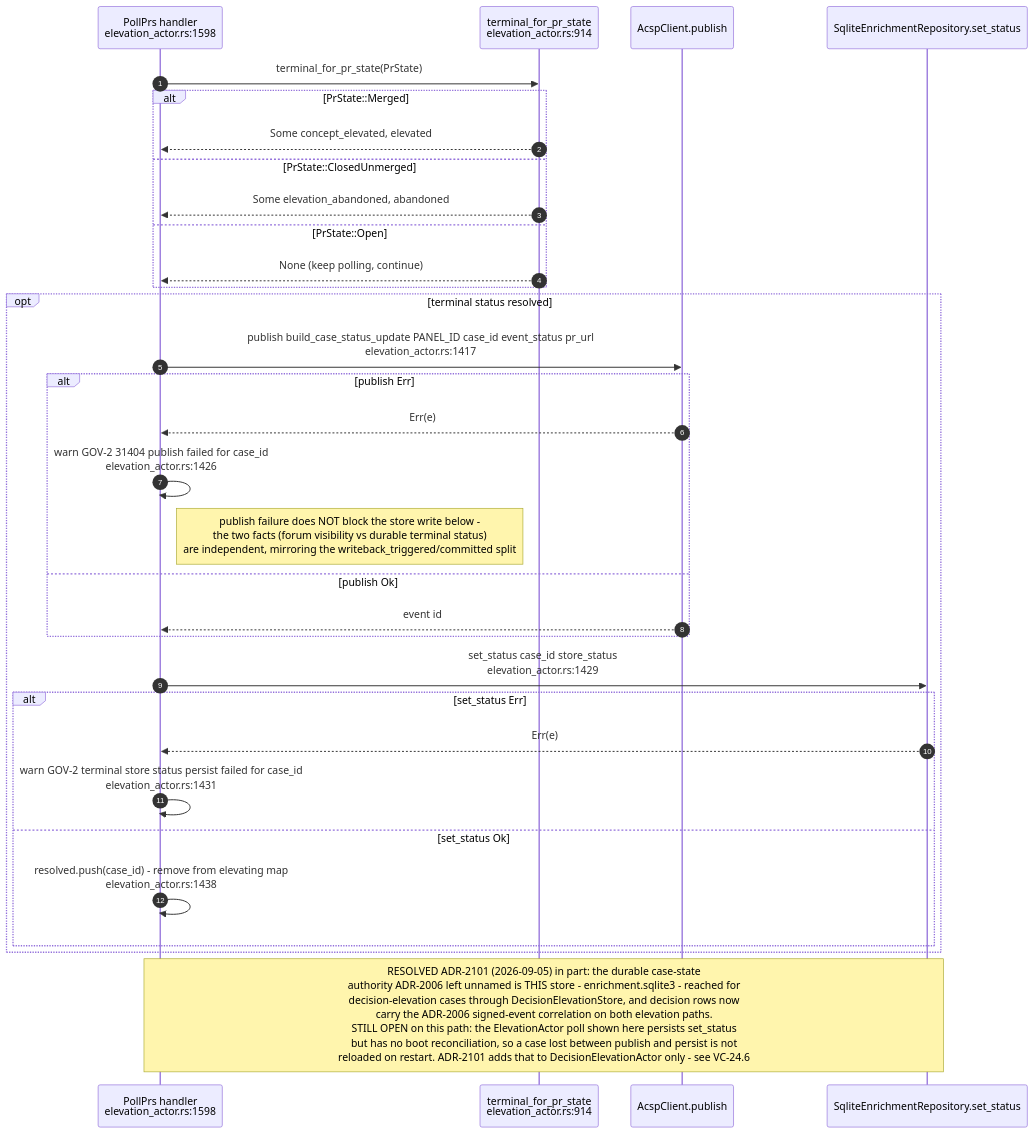
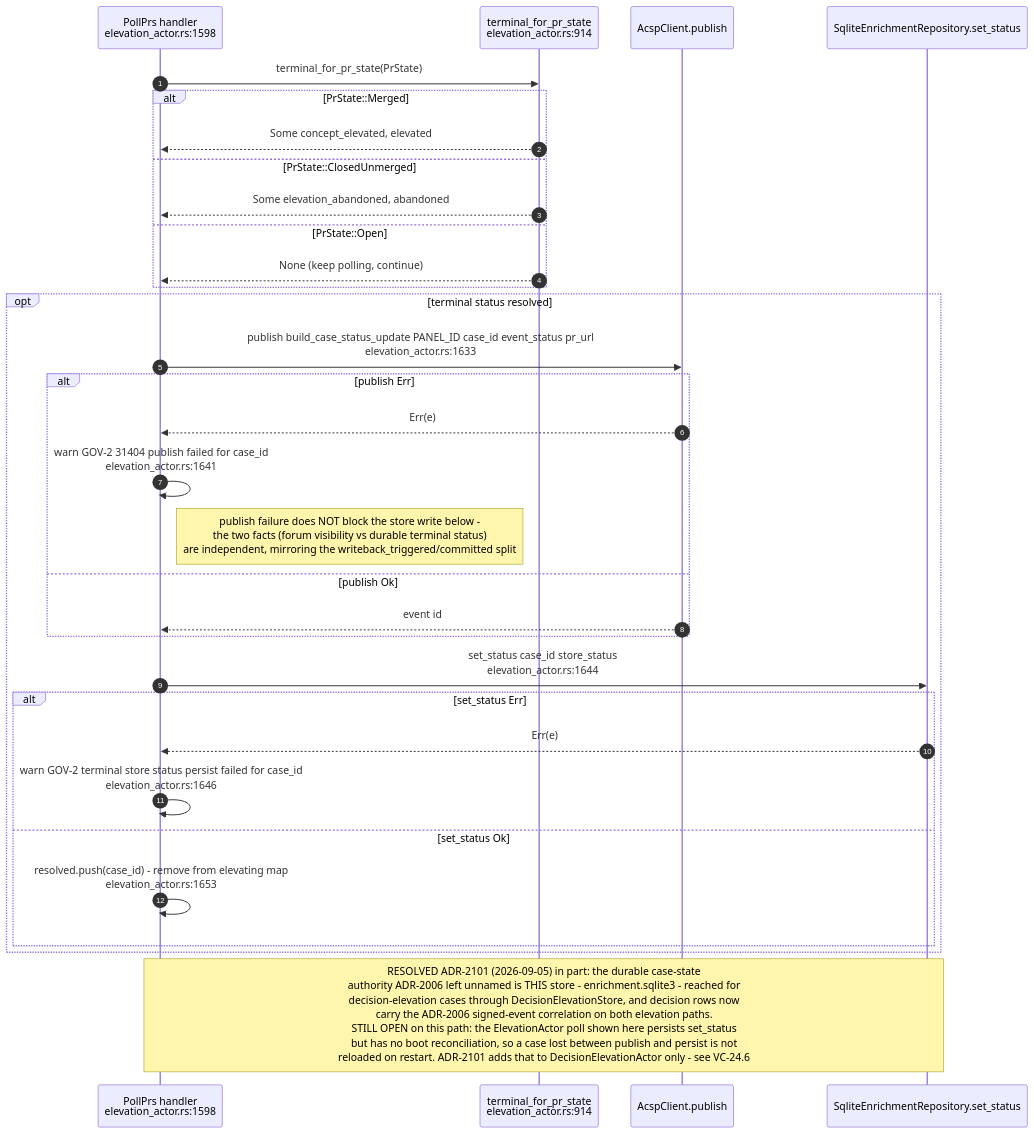
The fifth of 12 diagrams in docs/diagrams/visionclaw/24-acsp-decision-elevation.md (DreamLab-AI/VisionFlow), drawn with Mermaid before and after one commit. The commit also changed other lines of this file and 160 other files, not shown here.

````diff
--- a/docs/diagrams/visionclaw/24-acsp-decision-elevation.md
+++ b/docs/diagrams/visionclaw/24-acsp-decision-elevation.md
@@ -199,34 +204,34 @@
 ```mermaid
 sequenceDiagram
     autonumber
     participant POLL as PollPrs handler<br/>elevation_actor.rs:1598
     participant MAP as terminal_for_pr_state<br/>elevation_actor.rs:914
     participant ACSP as AcspClient.publish
     participant REPO as SqliteEnrichmentRepository.set_status
     POLL->>MAP: terminal_for_pr_state(PrState)
     alt PrState::Merged
         MAP-->>POLL: Some concept_elevated, elevated
     else PrState::ClosedUnmerged
         MAP-->>POLL: Some elevation_abandoned, abandoned
     else PrState::Open
         MAP-->>POLL: None (keep polling, continue)
     end
     opt terminal status resolved
-        POLL->>ACSP: publish build_case_status_update PANEL_ID case_id event_status pr_url<br/>elevation_actor.rs:1417
+        POLL->>ACSP: publish build_case_status_update PANEL_ID case_id event_status pr_url<br/>elevation_actor.rs:1633
         alt publish Err
             ACSP-->>POLL: Err(e)
-            POLL->>POLL: warn GOV-2 31404 publish failed for case_id<br/>elevation_actor.rs:1426
+            POLL->>POLL: warn GOV-2 31404 publish failed for case_id<br/>elevation_actor.rs:1641
             Note right of POLL: publish failure does NOT block the store write below -<br/>the two facts (forum visibility vs durable terminal status)<br/>are independent, mirroring the writeback_triggered/committed split
         else publish Ok
             ACSP-->>POLL: event id
         end
-        POLL->>REPO: set_status case_id store_status<br/>elevation_actor.rs:1429
+        POLL->>REPO: set_status case_id store_status<br/>elevation_actor.rs:1644
         alt set_status Err
             REPO-->>POLL: Err(e)
-            POLL->>POLL: warn GOV-2 terminal store status persist failed for case_id<br/>elevation_actor.rs:1431
+            POLL->>POLL: warn GOV-2 terminal store status persist failed for case_id<br/>elevation_actor.rs:1646
         else set_status Ok
-            POLL->>POLL: resolved.push(case_id) - remove from elevating map<br/>elevation_actor.rs:1438
+            POLL->>POLL: resolved.push(case_id) - remove from elevating map<br/>elevation_actor.rs:1653
         end
     end
     Note over POLL,REPO: RESOLVED ADR-2101 (2026-09-05) in part: the durable case-state<br/>authority ADR-2006 left unnamed is THIS store - enrichment.sqlite3 - reached for<br/>decision-elevation cases through DecisionElevationStore, and decision rows now<br/>carry the ADR-2006 signed-event correlation on both elevation paths.<br/>STILL OPEN on this path: the ElevationActor poll shown here persists set_status<br/>but has no boot reconciliation, so a case lost between publish and persist is not<br/>reloaded on restart. ADR-2101 adds that to DecisionElevationActor only - see VC-24.6
 ```
````
